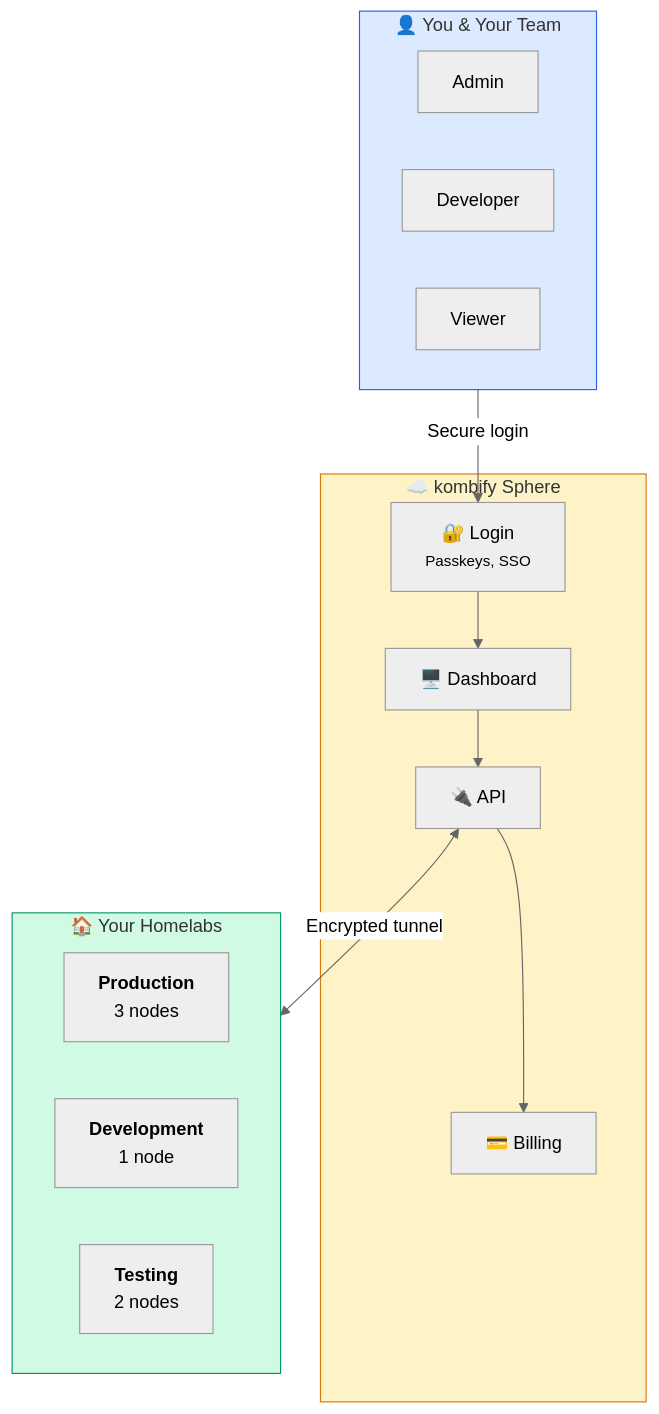
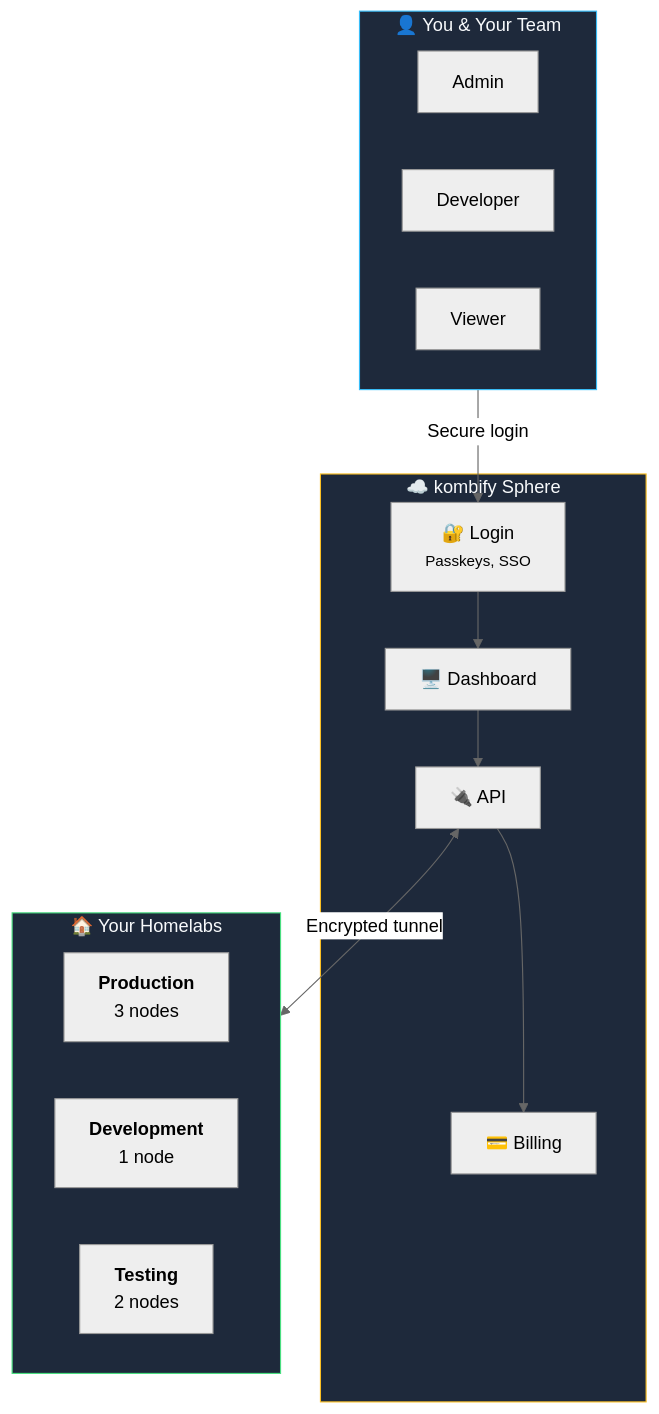
One commit to KombiverseLabs/docs changed the first of 3 diagrams in sphere/overview.mdx. Above: the diagram before and after it, drawn with Mermaid (neutral theme). The commit also changed other lines of this file and 33 other files, not shown here.

````diff
--- a/sphere/overview.mdx
+++ b/sphere/overview.mdx
@@ -54,31 +54,31 @@
 ```mermaid
 flowchart TB
     subgraph You["👤 You & Your Team"]
         Admin["Admin"]
         Dev["Developer"]
         Viewer["Viewer"]
     end
     
     subgraph Sphere["☁️ kombify Sphere"]
         Dashboard["🖥️ Dashboard"]
         Auth["🔐 Login<br/><small>Passkeys, SSO</small>"]
         API["🔌 API"]
         Billing["💳 Billing"]
     end
     
     subgraph Homelabs["🏠 Your Homelabs"]
         HL1["<b>Production</b><br/>3 nodes"]
         HL2["<b>Development</b><br/>1 node"]
         HL3["<b>Testing</b><br/>2 nodes"]
     end
     
     You -->|"Secure login"| Auth
     Auth --> Dashboard
     Dashboard --> API
     API --> Billing
     API <-->|"Encrypted tunnel"| Homelabs
     
-    style You fill:#dbeafe,stroke:#2563eb
-    style Sphere fill:#fef3c7,stroke:#d97706
-    style Homelabs fill:#d1fae5,stroke:#059669
+    style You fill:#1e293b,stroke:#38bdf8,color:#f8fafc
+    style Sphere fill:#1e293b,stroke:#fbbf24,color:#f8fafc
+    style Homelabs fill:#1e293b,stroke:#4ade80,color:#f8fafc
 ```
````
